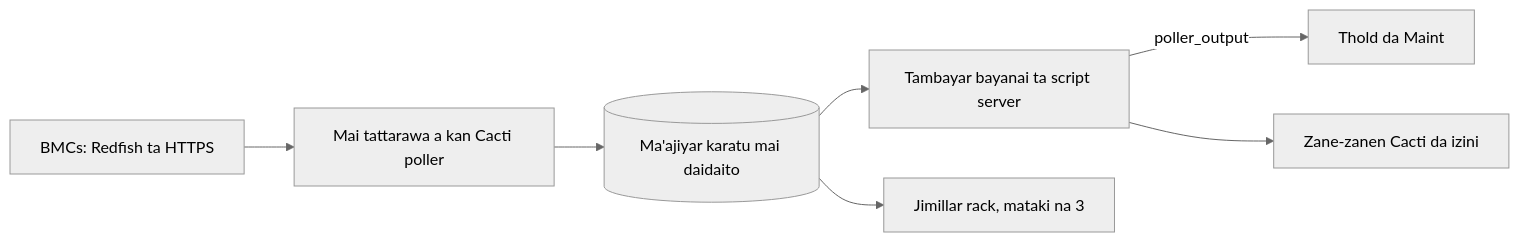
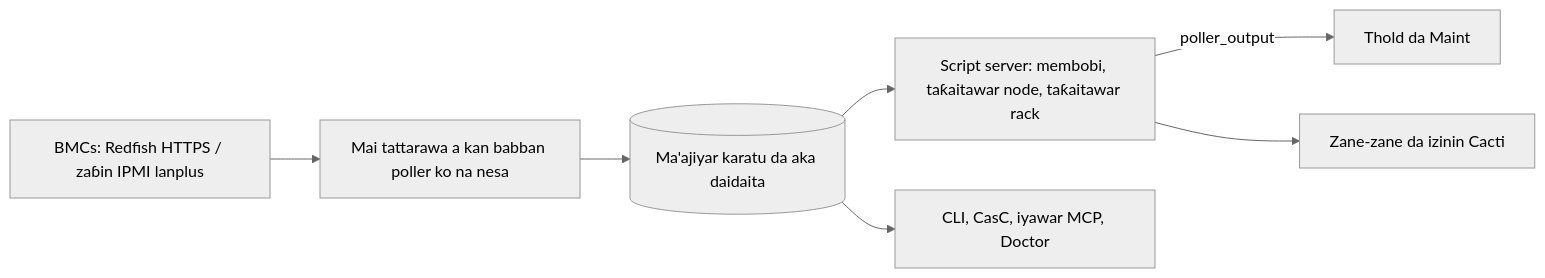
The diagram in docs/i18n/ha-NG/README.md (somethingwithproof/plugin_redfish), drawn with Mermaid (neutral theme) before and after one commit. The commit also changed other lines of this file and 47 other files, not shown here.

````diff
--- a/docs/i18n/ha-NG/README.md
+++ b/docs/i18n/ha-NG/README.md
@@ -100,9 +140,9 @@
 ```mermaid
 flowchart LR
-    BMC[BMCs: Redfish ta HTTPS] --> C[Mai tattarawa a kan Cacti poller]
-    C --> CACHE[(Ma'ajiyar karatu mai daidaito)]
-    CACHE --> SS[Tambayar bayanai ta script server]
-    SS -->|poller_output| T[Thold da Maint]
-    SS --> G[Zane-zanen Cacti da izini]
-    CACHE --> R[Jimillar rack, mataki na 3]
+    BMC["BMCs: Redfish HTTPS / zaɓin IPMI lanplus"] --> C["Mai tattarawa a kan babban poller ko na nesa"]
+    C --> CACHE[("Ma'ajiyar karatu da aka daidaita")]
+    CACHE --> SS["Script server: membobi, taƙaitawar node, taƙaitawar rack"]
+    SS -->|poller_output| T["Thold da Maint"]
+    SS --> G["Zane-zane da izinin Cacti"]
+    CACHE --> ECO["CLI, CasC, iyawar MCP, Doctor"]
 ```
````
